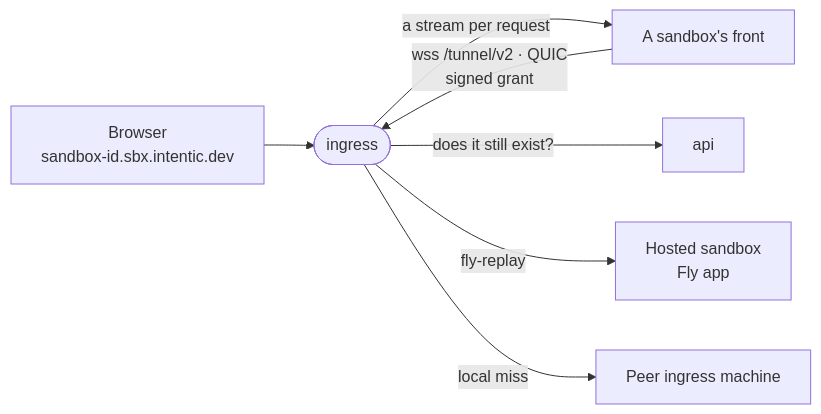
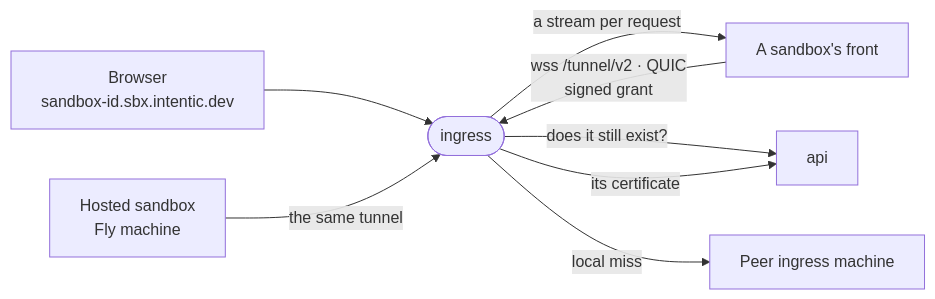
The diagram in _platform/ingress/README.md (intentic/intentic), drawn with Mermaid before and after one commit. The commit also changed other lines of this file and 43 other files, not shown here.

First line of the commit message:
refactor(ingress): drop fly-replay from Edge and route hosted sandboxes via tunnel

````diff
--- a/_platform/ingress/README.md
+++ b/_platform/ingress/README.md
@@ -5,9 +5,10 @@
 ```mermaid
 flowchart LR
     browser["Browser<br/>sandbox-id.sbx.intentic.dev"] --> ingress(["ingress"])
     front["A sandbox's front"] -- "wss /tunnel/v2 · QUIC<br/>signed grant" --> ingress
     ingress -- "a stream per request" --> front
+    hosted["Hosted sandbox<br/>Fly machine"] -- "the same tunnel" --> ingress
     ingress -- "does it still exist?" --> api["api"]
-    ingress -- "fly-replay" --> hosted["Hosted sandbox<br/>Fly app"]
+    ingress -- "its certificate" --> api
     ingress -- "local miss" --> peer["Peer ingress machine"]
 ```
````
